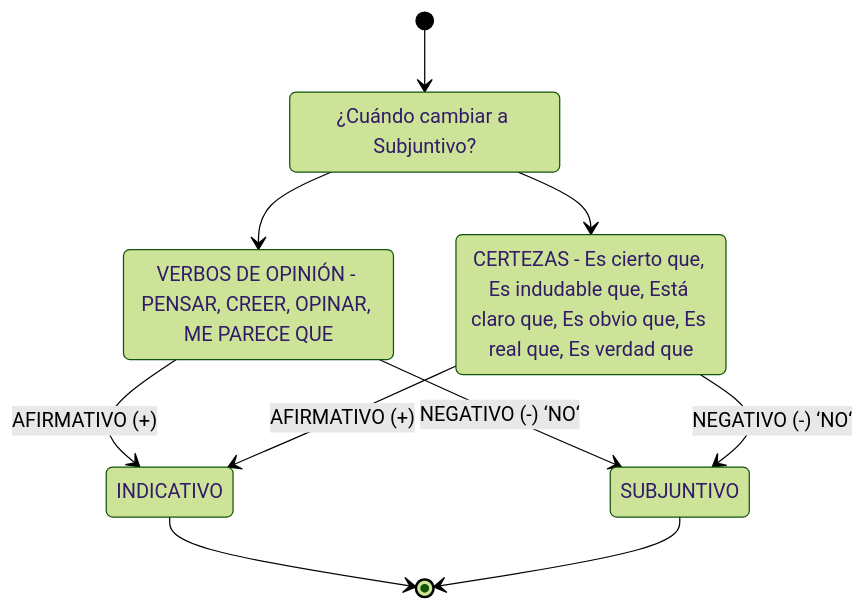
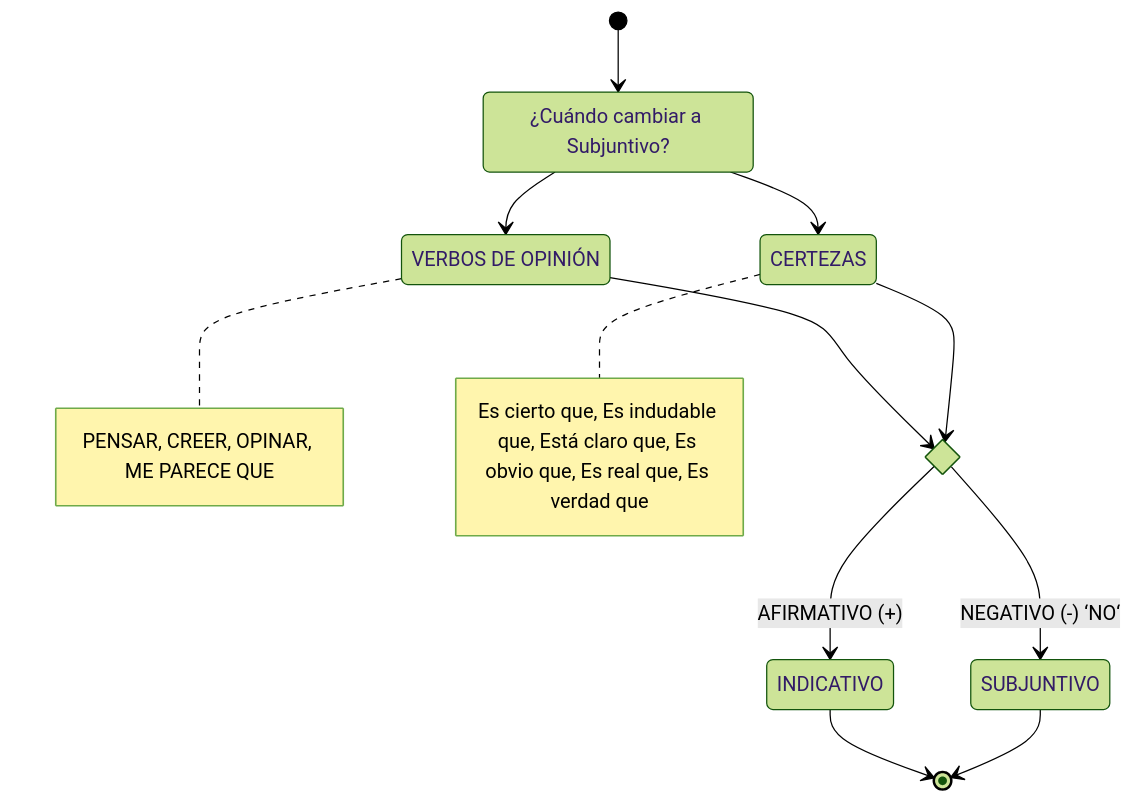
The third of 3 diagrams in test.md (bibenga/docker-django-play), drawn with Mermaid (forest theme) before and after one commit.

````diff
--- a/test.md
+++ b/test.md
@@ -84,20 +84,24 @@
 ```mermaid
 stateDiagram-v2
     Cuándo: ¿Cuándo cambiar a Subjuntivo?
-    OPINIÓN: VERBOS DE OPINIÓN - PENSAR, CREER, OPINAR, ME PARECE QUE
-    CERTEZAS: CERTEZAS - Es cierto que, Es indudable que, Está claro que, Es obvio que, Es real que, Es verdad que
+    OPINIÓN: VERBOS DE OPINIÓN
+    CERTEZAS: CERTEZAS
+    
+    state v1 <<choice>>
 
     [*] --> Cuándo
     Cuándo --> OPINIÓN
-    OPINIÓN --> INDICATIVO: AFIRMATIVO (+)
-    OPINIÓN --> SUBJUNTIVO: NEGATIVO (-) ‘NO‘
+    note right of OPINIÓN : PENSAR, CREER, OPINAR, ME PARECE QUE
+    OPINIÓN --> v1
+    v1 --> INDICATIVO: AFIRMATIVO (+)
+    v1 --> SUBJUNTIVO: NEGATIVO (-) ‘NO‘
 
     Cuándo --> CERTEZAS
-    CERTEZAS --> INDICATIVO: AFIRMATIVO (+)
-    CERTEZAS --> SUBJUNTIVO: NEGATIVO (-) ‘NO‘
+    note right of CERTEZAS : Es cierto que, Es indudable que, Está claro que, Es obvio que, Es real que, Es verdad que
+    CERTEZAS --> v1
     
     INDICATIVO --> [*]
     SUBJUNTIVO --> [*]
 
 
 ```
````
